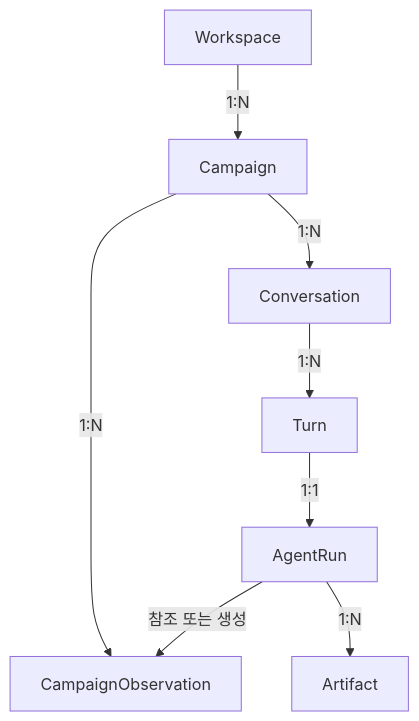
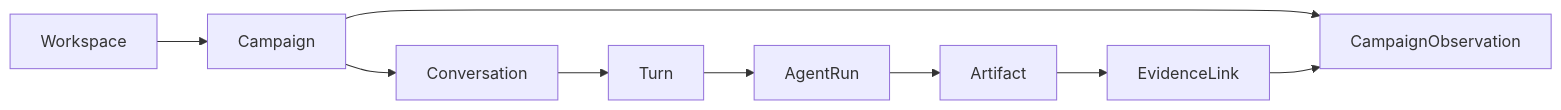
One commit to bbororo5/google_rapid_agent_hackaton changed the diagram in docs/rebuild/phase-1-domain-model.md. Above: the diagram before and after it, drawn with Mermaid. The commit also changed other lines of this file and 9 other files, not shown here.

````diff
--- a/docs/rebuild/phase-1-domain-model.md
+++ b/docs/rebuild/phase-1-domain-model.md
@@ -31,10 +15,11 @@
 ```mermaid
-flowchart TD
-    W["Workspace"] -->|"1:N"| C["Campaign"]
-    C -->|"1:N"| V["Conversation"]
-    C -->|"1:N"| O["CampaignObservation"]
-    V -->|"1:N"| T["Turn"]
-    T -->|"1:1"| R["AgentRun"]
-    R -->|"참조 또는 생성"| O
-    R -->|"1:N"| A["Artifact"]
+flowchart LR
+    W["Workspace"] --> C["Campaign"]
+    C --> V["Conversation"]
+    C --> O["CampaignObservation"]
+    V --> T["Turn"]
+    T --> R["AgentRun"]
+    R --> A["Artifact"]
+    A --> E["EvidenceLink"]
+    E --> O
 ```
````
